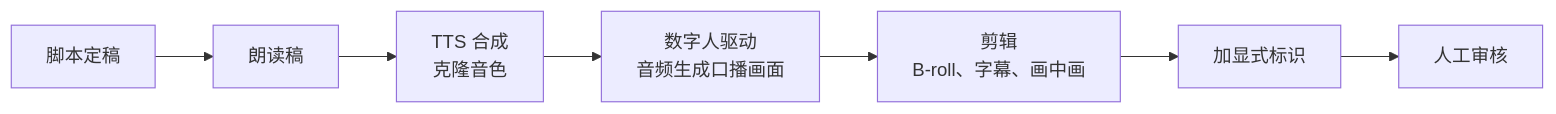
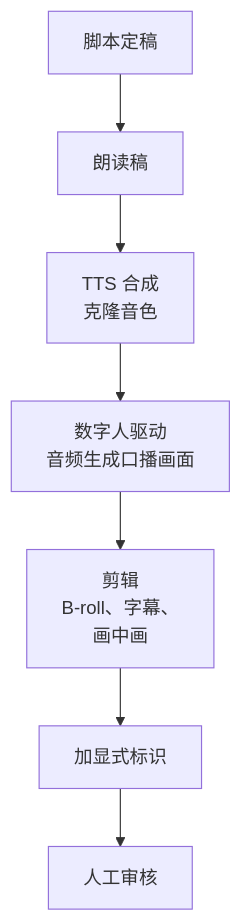
One commit to jarvis-pro/hatch-shelf changed the diagram in books/ai-content-pipeline/06-digital-human.md. Above: the diagram before and after it, drawn with Mermaid. The commit also changed 432 other files, not shown here.

````diff
--- a/books/ai-content-pipeline/06-digital-human.md
+++ b/books/ai-content-pipeline/06-digital-human.md
@@ -70,9 +70,9 @@
 ```mermaid
-flowchart LR
+flowchart TD
   A["脚本定稿"] --> B["朗读稿"]
   B --> C["TTS 合成<br/>克隆音色"]
   C --> D["数字人驱动<br/>音频生成口播画面"]
-  D --> E["剪辑<br/>B-roll、字幕、画中画"]
+  D --> E["剪辑<br/>B-roll、字幕、<br/>画中画"]
   E --> F["加显式标识"]
   F --> G["人工审核"]
 ```
````
